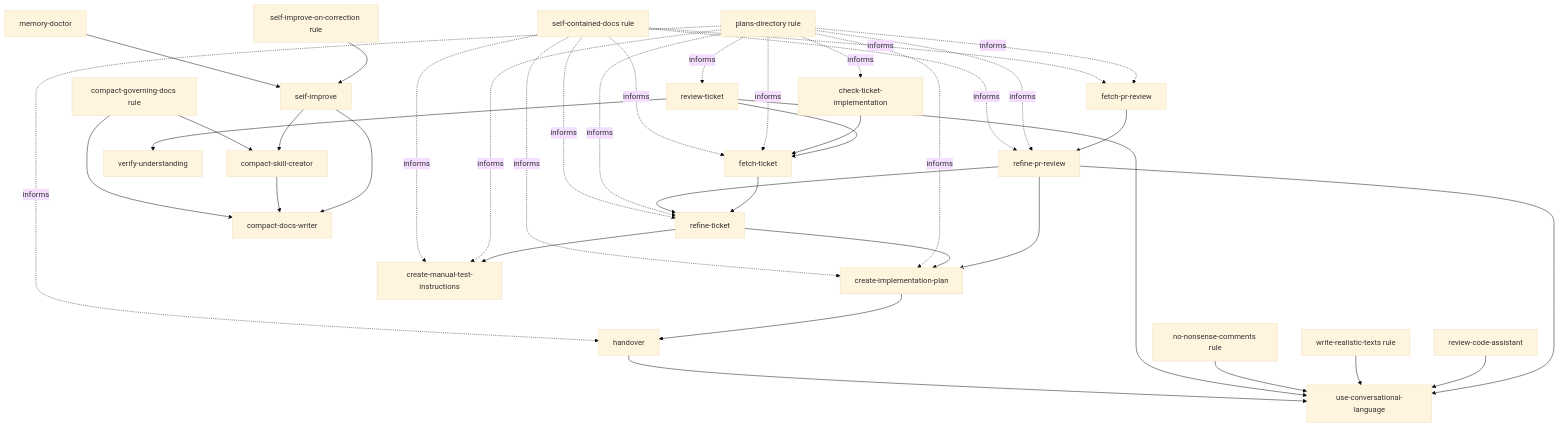
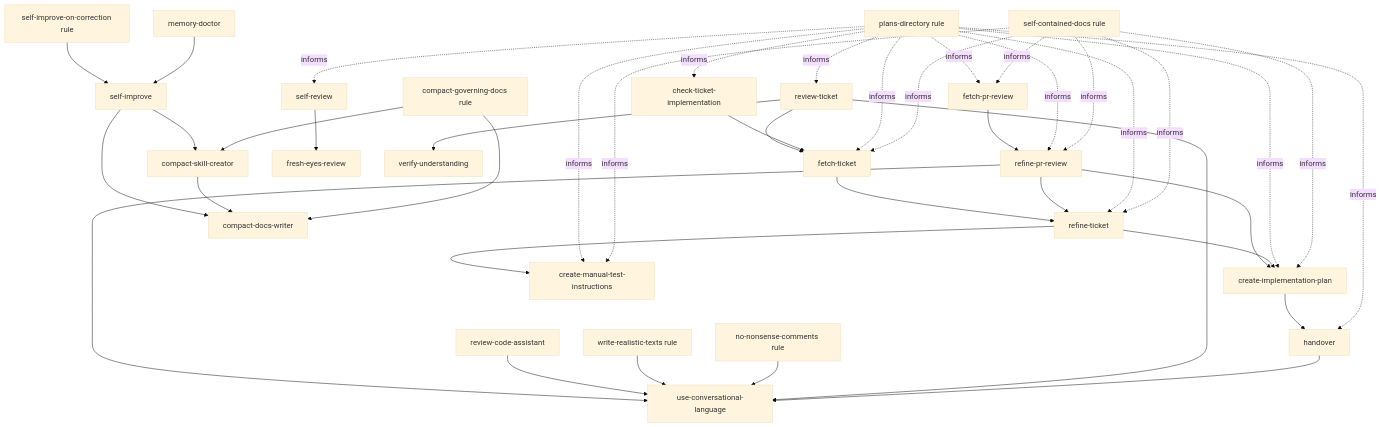
One commit to FrancescoBorzi/agent-toolkit changed the diagram in README.md. Above: the diagram before and after it, drawn with Mermaid (base theme). The commit also changed other lines of this file and 2 other files, not shown here.

Commit message:
feat: new self-review skill (#20)

````diff
--- a/README.md
+++ b/README.md
@@ -162,44 +166,46 @@
 ```mermaid
 flowchart TD
   fetch_ticket["fetch-ticket"] --> refine["refine-ticket"]
   fetch_pr["fetch-pr-review"] --> refine_pr["refine-pr-review"]
   refine_pr --> refine
   refine_pr --> plan
   refine_pr --> express["use-conversational-language"]
   review_code["review-code-assistant"] --> express
+  self_review["self-review"] --> fresh_eyes["fresh-eyes-review"]
   realistic_rule["write-realistic-texts rule"] --> express
   nonsense_rule["no-nonsense-comments rule"] --> express
   review_ticket["review-ticket"] --> fetch_ticket
   review_ticket --> express
   review_ticket --> verify_understanding["verify-understanding"]
   check_impl["check-ticket-implementation"] --> fetch_ticket
   refine --> manual["create-manual-test-instructions"]
   refine --> plan["create-implementation-plan"]
   plan --> handover["handover"]
   handover --> express
 
   self_rule["self-improve-on-correction rule"] --> self["self-improve"]
   self --> compact["compact-skill-creator"]
   self --> compact_docs["compact-docs-writer"]
   compact --> compact_docs
   memory_doctor["memory-doctor"] --> self
   compact_gov["compact-governing-docs rule"] --> compact
   compact_gov --> compact_docs
 
   plans_rule["plans-directory rule"] -. informs .-> fetch_ticket
   plans_rule -. informs .-> fetch_pr
   plans_rule -. informs .-> refine_pr
   plans_rule -. informs .-> refine
   plans_rule -. informs .-> manual
   plans_rule -. informs .-> plan
   plans_rule -. informs .-> review_ticket
   plans_rule -. informs .-> check_impl
   plans_rule -. informs .-> handover
+  plans_rule -. informs .-> self_review
 
   docs_rule["self-contained-docs rule"] -. informs .-> fetch_ticket
   docs_rule -. informs .-> fetch_pr
   docs_rule -. informs .-> refine_pr
   docs_rule -. informs .-> refine
   docs_rule -. informs .-> manual
   docs_rule -. informs .-> plan
 ```
````
